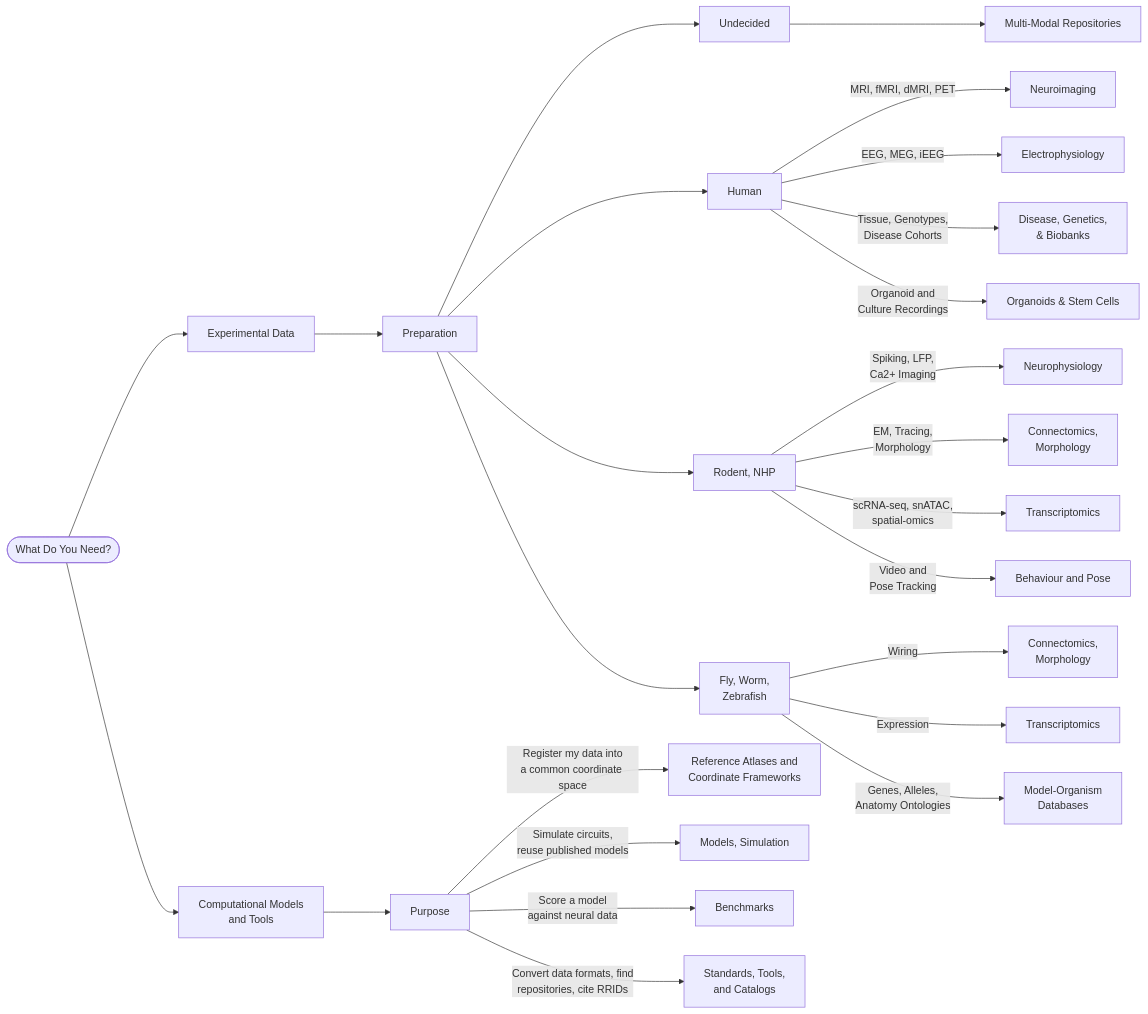
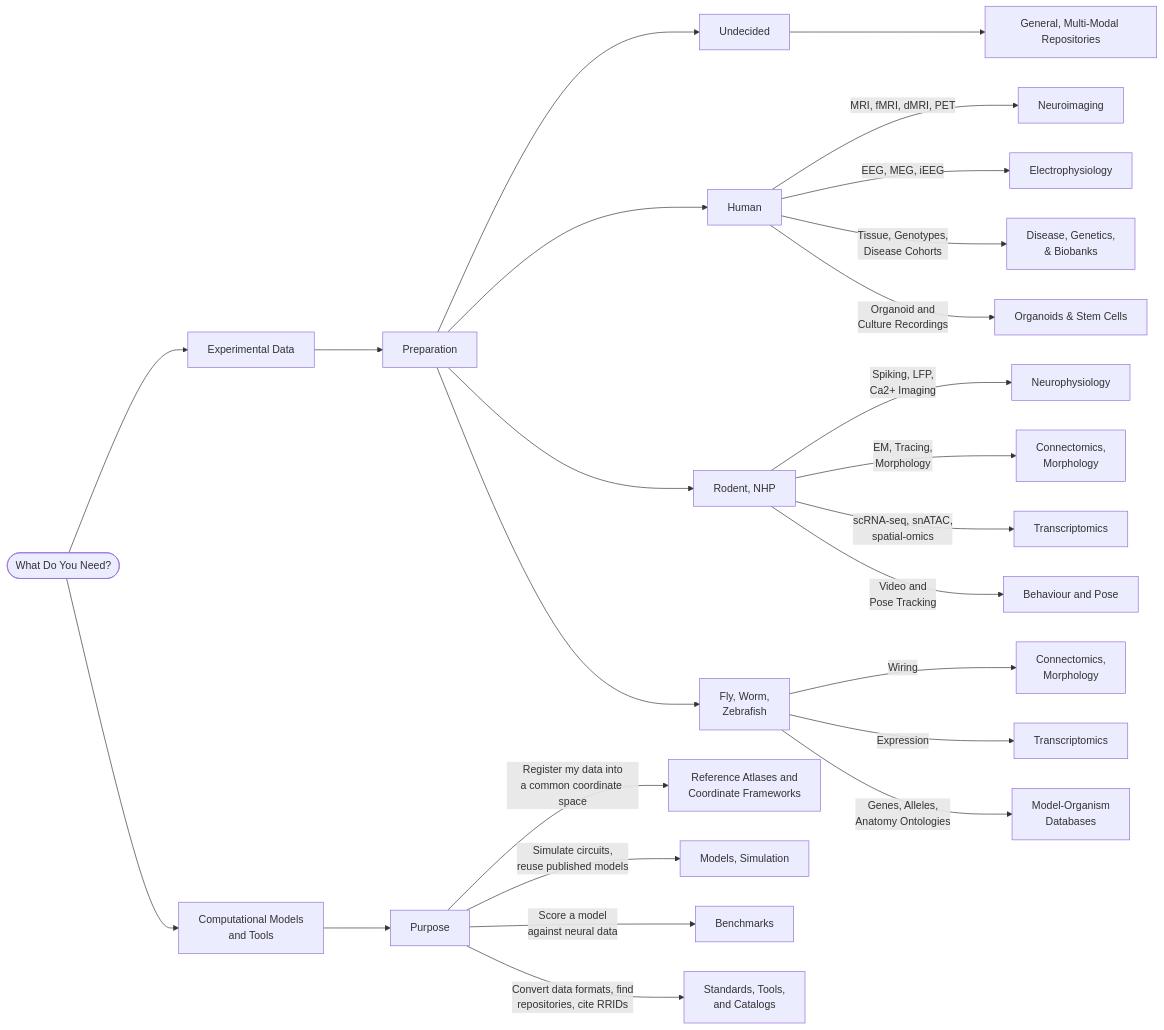
One commit to lauramedlock/neuroarchives changed the diagram in docs/index.md. Above: the diagram before and after it, drawn with Mermaid.

Commit message:
Clarify repository description in index.md

````diff
--- a/docs/index.md
+++ b/docs/index.md
@@ -41,35 +41,35 @@
 ```mermaid
 %%{init: {"flowchart": {"useMaxWidth": true, "rankSpacing": 90, "nodeSpacing": 45}} }%%
 flowchart LR
     START([What Do You Need?])
     START --> EXP[Experimental Data]
     START --> MOD[Computational Models<br>and Tools]
 
     EXP --> PREP[Preparation]
     PREP -->GEN[Undecided]
     PREP -->HU[Human]
     PREP -->RO[Rodent, NHP]
     PREP -->INV[Fly, Worm,<br>Zebrafish]
 
     HU -->|MRI, fMRI, dMRI, PET| E1[Neuroimaging]
     HU -->|EEG, MEG, iEEG| E2[Electrophysiology]
     HU -->|Tissue, Genotypes,<br>Disease Cohorts| E3[Disease, Genetics,<br>& Biobanks]
     HU -->|Organoid and<br>Culture Recordings| E4[Organoids & Stem Cells]
 
     RO -->|Spiking, LFP,<br>Ca2+ Imaging| E5[Neurophysiology] 
     RO -->|EM, Tracing,<br>Morphology| E6[Connectomics, <br> Morphology]
     RO -->|scRNA-seq, snATAC,<br>spatial-omics| E7[Transcriptomics]
     RO -->|Video and<br>Pose Tracking| E8[Behaviour and Pose]
 
     INV -->|Wiring| E6b[Connectomics,<br>Morphology]
     INV -->|Expression| E7b[Transcriptomics]
     INV -->|Genes, Alleles,<br>Anatomy Ontologies| E9[Model-Organism<br>Databases]
 
-    GEN -->E10[Multi-Modal Repositories]
+    GEN -->E10[General, Multi-Modal Repositories]
 
     MOD --> PURPOSE[Purpose]
     PURPOSE -->|Register my data into<br>a common coordinate space| M1[Reference Atlases and<br>Coordinate Frameworks]
     PURPOSE -->|Simulate circuits,<br>reuse published models| M2[Models, Simulation]
     PURPOSE -->|Score a model<br>against neural data| M4[Benchmarks]
     PURPOSE -->|Convert data formats, find<br>repositories, cite RRIDs| M3[Standards, Tools,<br>and Catalogs]
 ```
````
